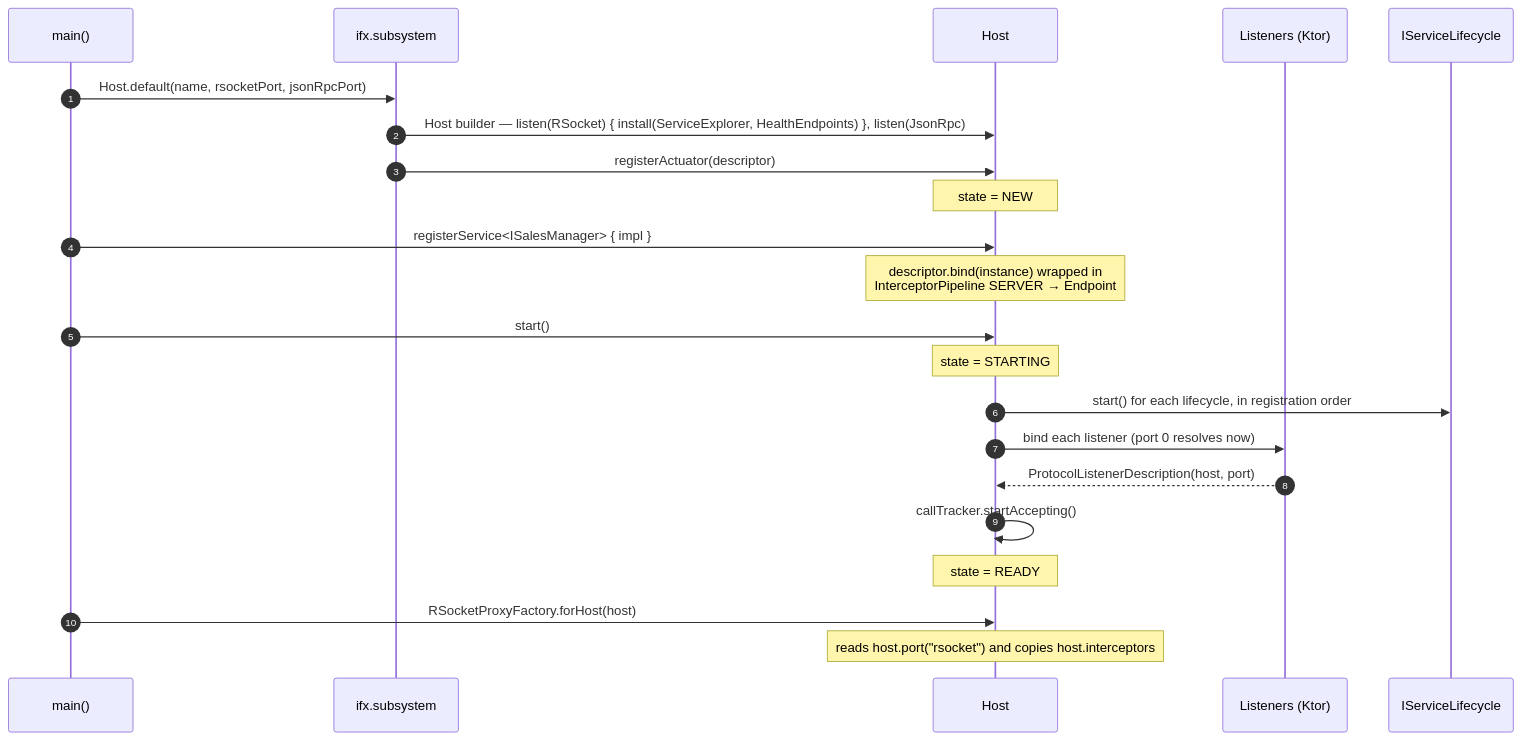
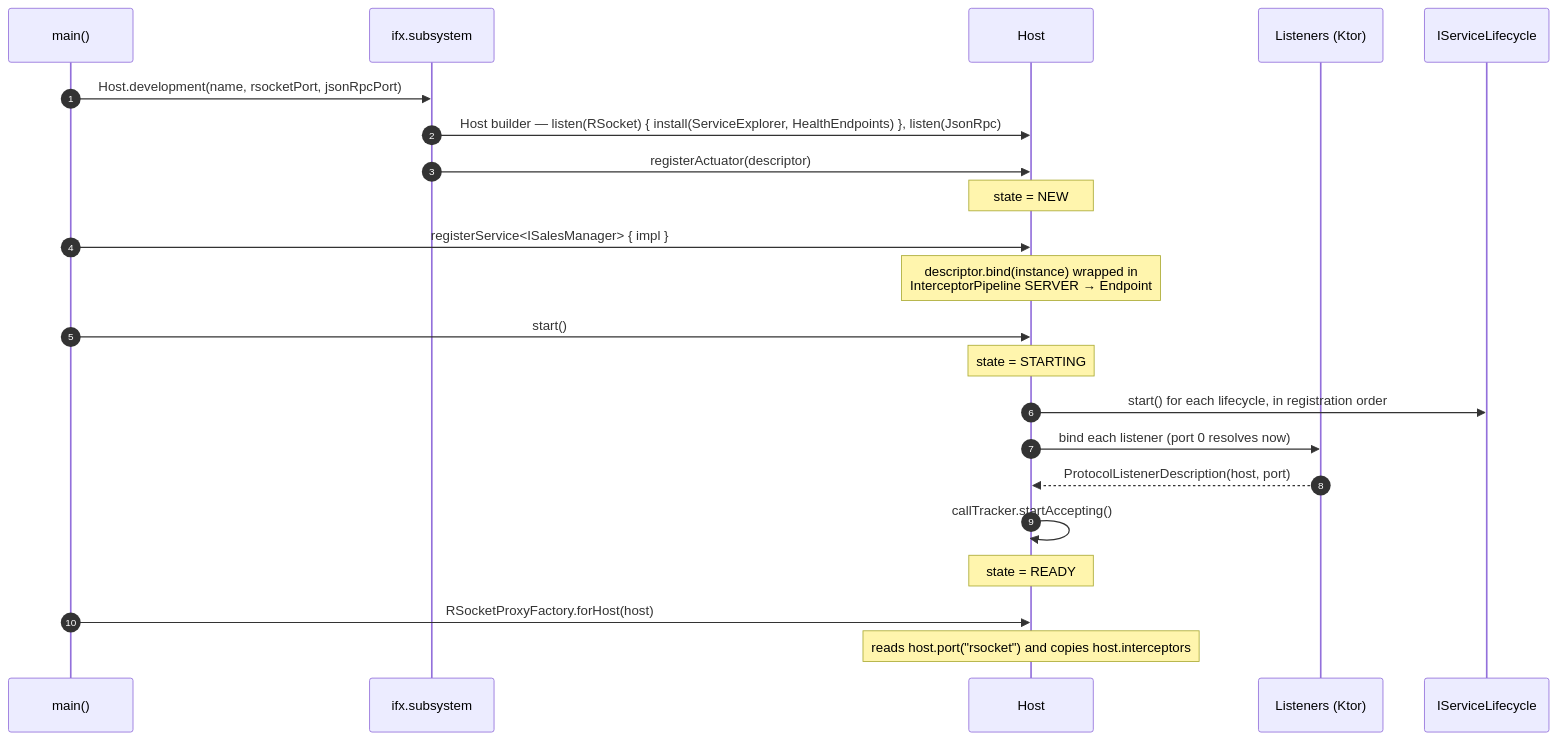
The seventh of 10 diagrams in docs/diagrams.md (carbide-ifx/carbide), drawn with Mermaid before and after one commit. The commit also changed other lines of this file and 13 other files, not shown here.

Commit message:
Separate development host composition

````diff
--- a/docs/diagrams.md
+++ b/docs/diagrams.md
@@ -315,25 +315,25 @@
 ```mermaid
 sequenceDiagram
     autonumber
     participant Main as main()
     participant Sub as ifx.subsystem
     participant H as Host
     participant L as Listeners (Ktor)
     participant S as IServiceLifecycle
 
-    Main->>Sub: Host.default(name, rsocketPort, jsonRpcPort)
+    Main->>Sub: Host.development(name, rsocketPort, jsonRpcPort)
     Sub->>H: Host builder — listen(RSocket) { install(ServiceExplorer, HealthEndpoints) }, listen(JsonRpc)
     Sub->>H: registerActuator(descriptor)
     Note over H: state = NEW
     Main->>H: registerService<ISalesManager> { impl }
     Note over H: descriptor.bind(instance) wrapped in<br/>InterceptorPipeline SERVER → Endpoint
     Main->>H: start()
     Note over H: state = STARTING
     H->>S: start() for each lifecycle, in registration order
     H->>L: bind each listener (port 0 resolves now)
     L-->>H: ProtocolListenerDescription(host, port)
     H->>H: callTracker.startAccepting()
     Note over H: state = READY
     Main->>H: RSocketProxyFactory.forHost(host)
     Note over H: reads host.port("rsocket") and copies host.interceptors
 ```
````
